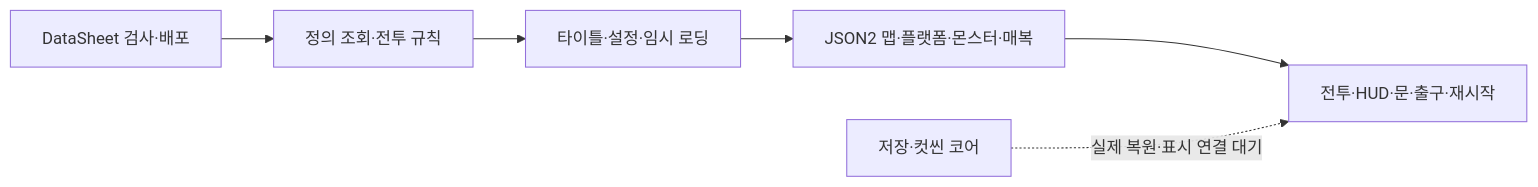
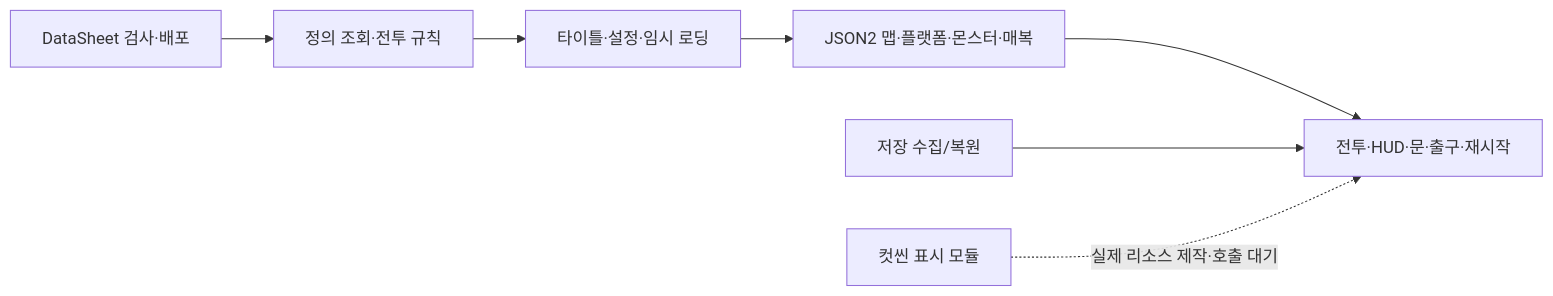
Before and after one commit to lkhwcf-arch/Human_Ghost-: the first of 3 diagrams in README.md, drawn with Mermaid. The commit also changed other lines of this file and 38 other files, not shown here.

````diff
--- a/README.md
+++ b/README.md
@@ -59,8 +52,9 @@
 ```mermaid
 flowchart LR
     A[DataSheet 검사·배포] --> B[정의 조회·전투 규칙]
     B --> C[타이틀·설정·임시 로딩]
     C --> D[JSON2 맵·플랫폼·몬스터·매복]
     D --> E[전투·HUD·문·출구·재시작]
-    F[저장·컷씬 코어] -.실제 복원·표시 연결 대기.-> E
+    F[저장 수집/복원] --> E
+    G[컷씬 표시 모듈] -.실제 리소스 제작·호출 대기.-> E
 ```
````
